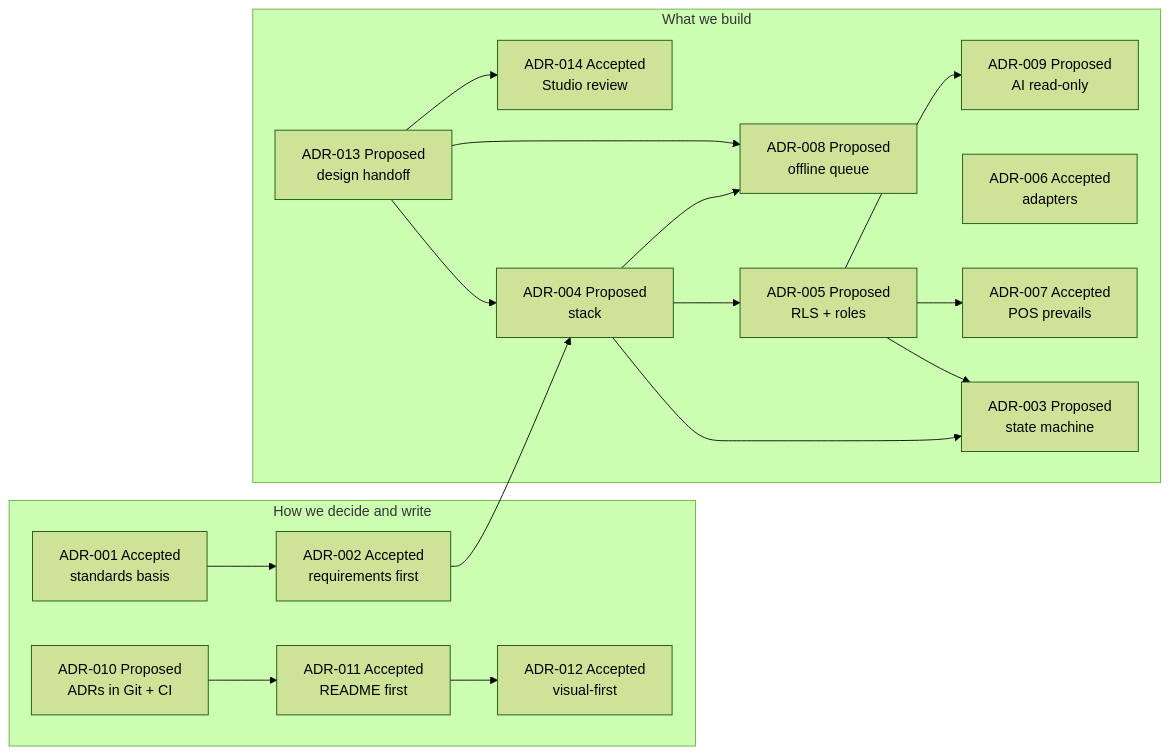
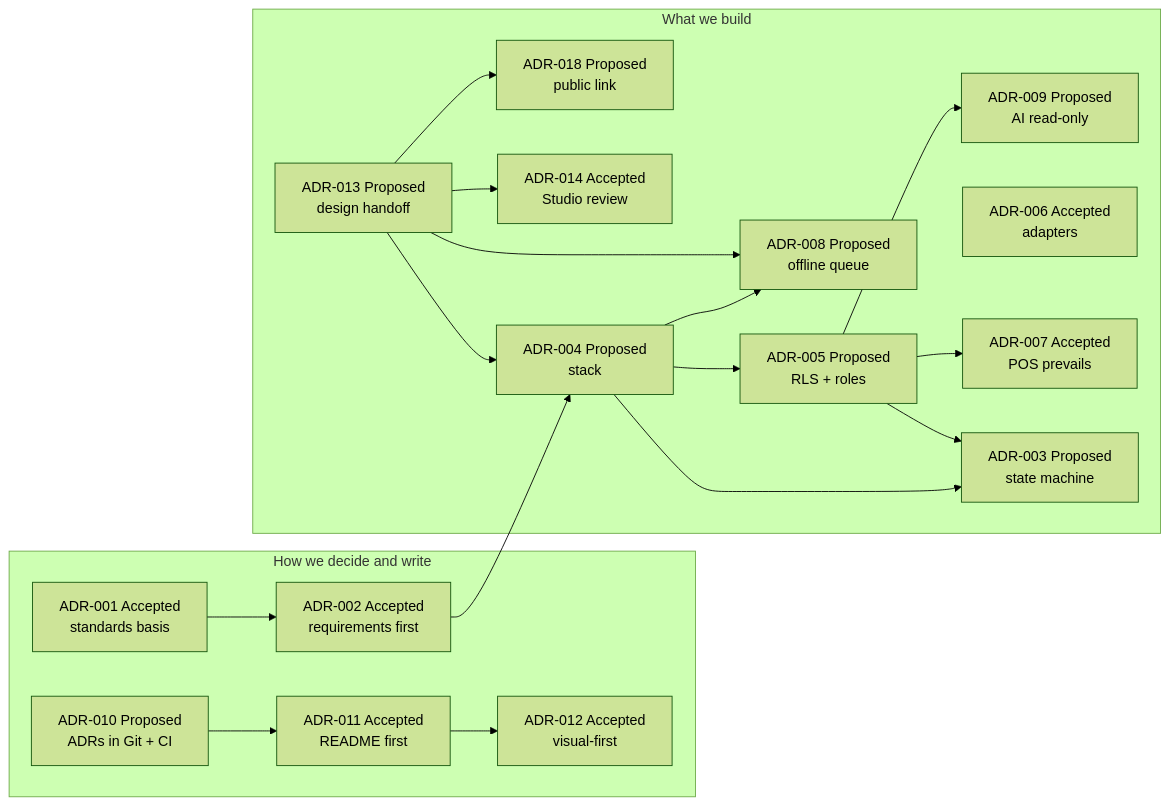
One commit to LOOPAPPdev/ABAP-MANEGEMENT changed the second of 3 diagrams in clients/prj-01-cleansea/docs/architecture/README.md. Above: the diagram before and after it, drawn with Mermaid (forest theme). The commit also changed other lines of this file and 4 other files, not shown here.

First line of the commit message:
feat(prj-01-cleansea): public Worker for the design prototype (ADR-018, Proposed)

````diff
--- a/clients/prj-01-cleansea/docs/architecture/README.md
+++ b/clients/prj-01-cleansea/docs/architecture/README.md
@@ -81,34 +82,36 @@
 ```mermaid
 flowchart LR
   accTitle: Dependencies between the ADRs
   accDescr: Process ADRs 001, 002, 010, 011 and 012 govern how decisions are written. ADR-004 sets the stack. ADRs 003, 005, 006, 007, 008, 009 and 013 depend on it or on each other.
   subgraph PROCESS["How we decide and write"]
     A1["ADR-001 Accepted<br/>standards basis"]
     A2["ADR-002 Accepted<br/>requirements first"]
     A10["ADR-010 Proposed<br/>ADRs in Git + CI"]
     A11["ADR-011 Accepted<br/>README first"]
     A12["ADR-012 Accepted<br/>visual-first"]
   end
   subgraph SYSTEM["What we build"]
     A4["ADR-004 Proposed<br/>stack"]
     A3["ADR-003 Proposed<br/>state machine"]
     A5["ADR-005 Proposed<br/>RLS + roles"]
     A6["ADR-006 Accepted<br/>adapters"]
     A7["ADR-007 Accepted<br/>POS prevails"]
     A8["ADR-008 Proposed<br/>offline queue"]
     A9["ADR-009 Proposed<br/>AI read-only"]
     A13["ADR-013 Proposed<br/>design handoff"]
     A14["ADR-014 Accepted<br/>Studio review"]
+    A18["ADR-018 Proposed<br/>public link"]
   end
   A1 --> A2 --> A4
   A10 --> A11 --> A12
   A4 --> A3
   A4 --> A5
   A4 --> A8
   A13 --> A4
   A5 --> A3
   A5 --> A7
   A5 --> A9
   A13 --> A8
   A13 --> A14
+  A13 --> A18
 ```
````
